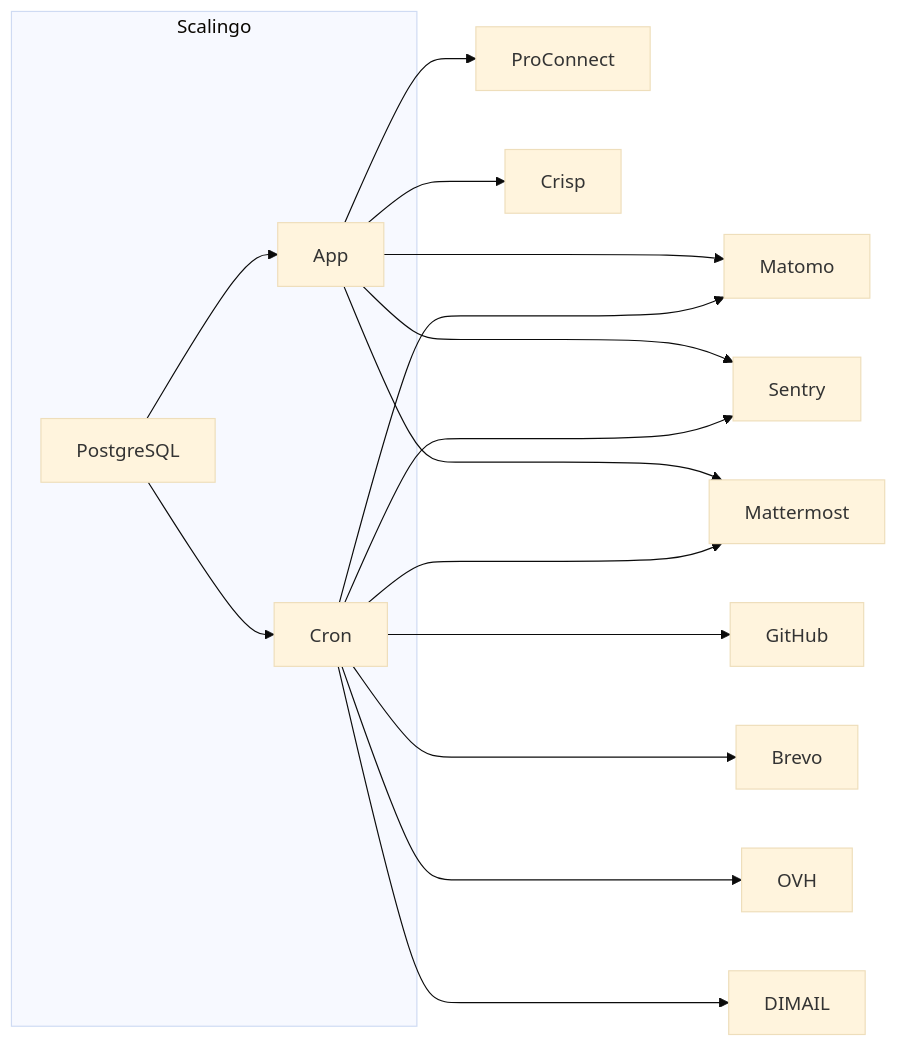
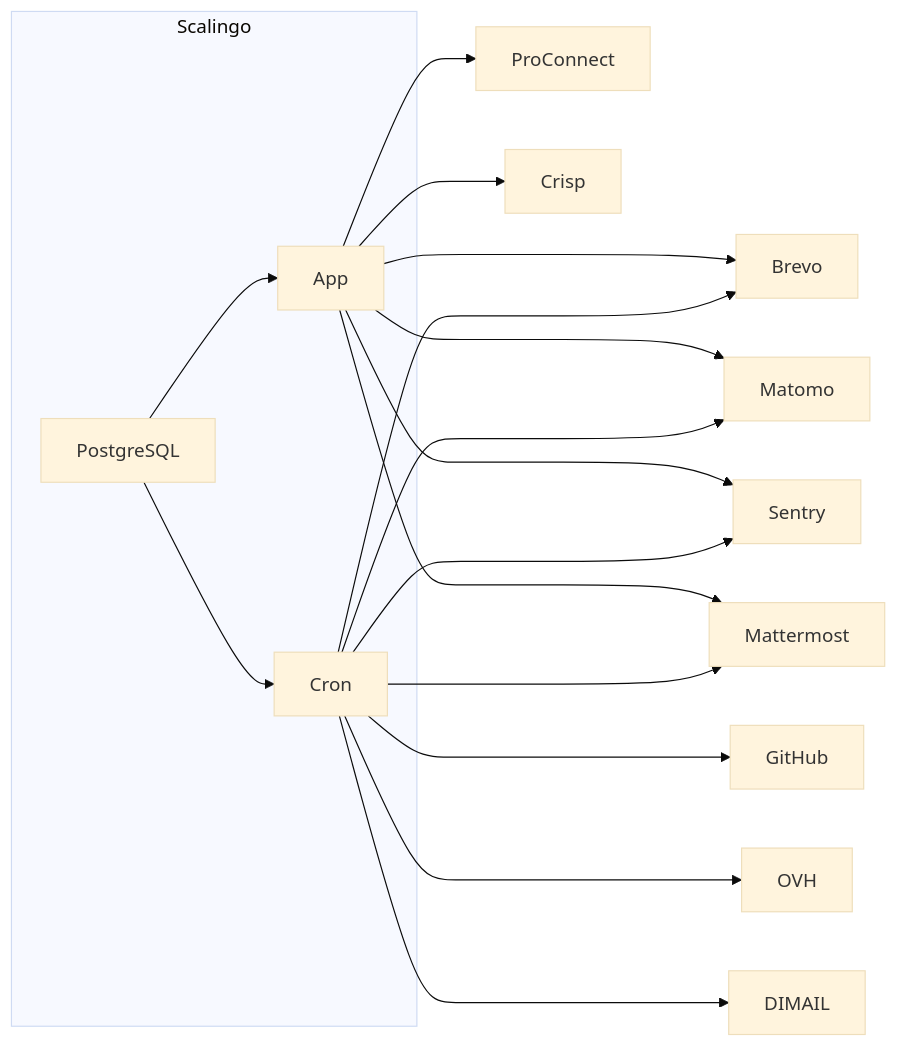
One commit to betagouv/espace-membre-next changed the second of 2 diagrams in README.md. Above: the diagram before and after it, drawn with Mermaid (base theme).

````diff
--- a/README.md
+++ b/README.md
@@ -207,24 +207,24 @@
 ```mermaid
 graph LR
 
 subgraph Scalingo
 PostgreSQL-->App
 PostgreSQL-->Cron
 end
 
 App-->ProConnect
-
 App-->Crisp
+App-->Brevo
 App-->Matomo
 App-->Sentry
 App-->Mattermost
 
 
 Cron--->GitHub
 Cron--->Mattermost
 Cron--->Brevo
 Cron--->OVH
 Cron--->DIMAIL
 Cron--->Matomo
 Cron--->Sentry
 ```
````
